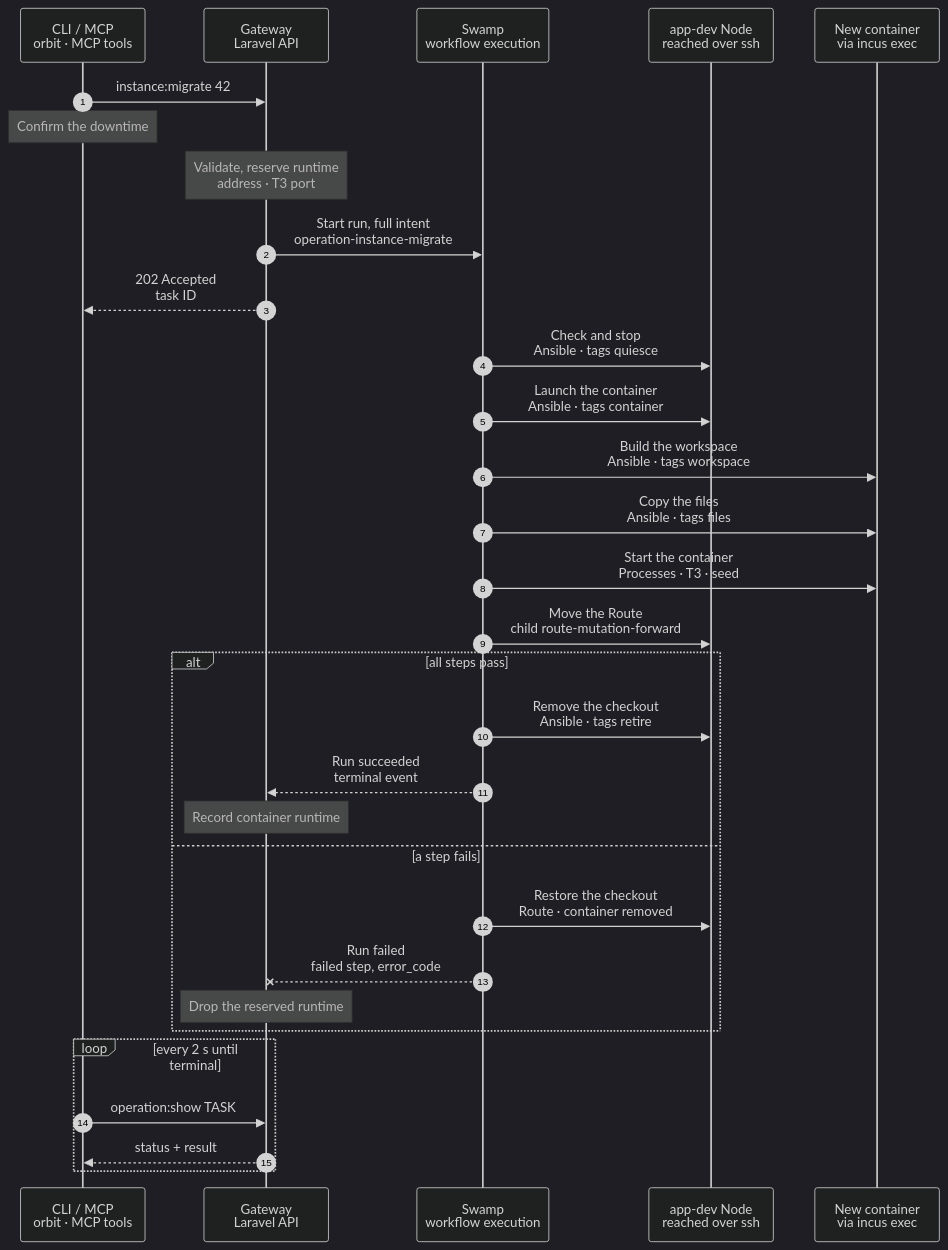
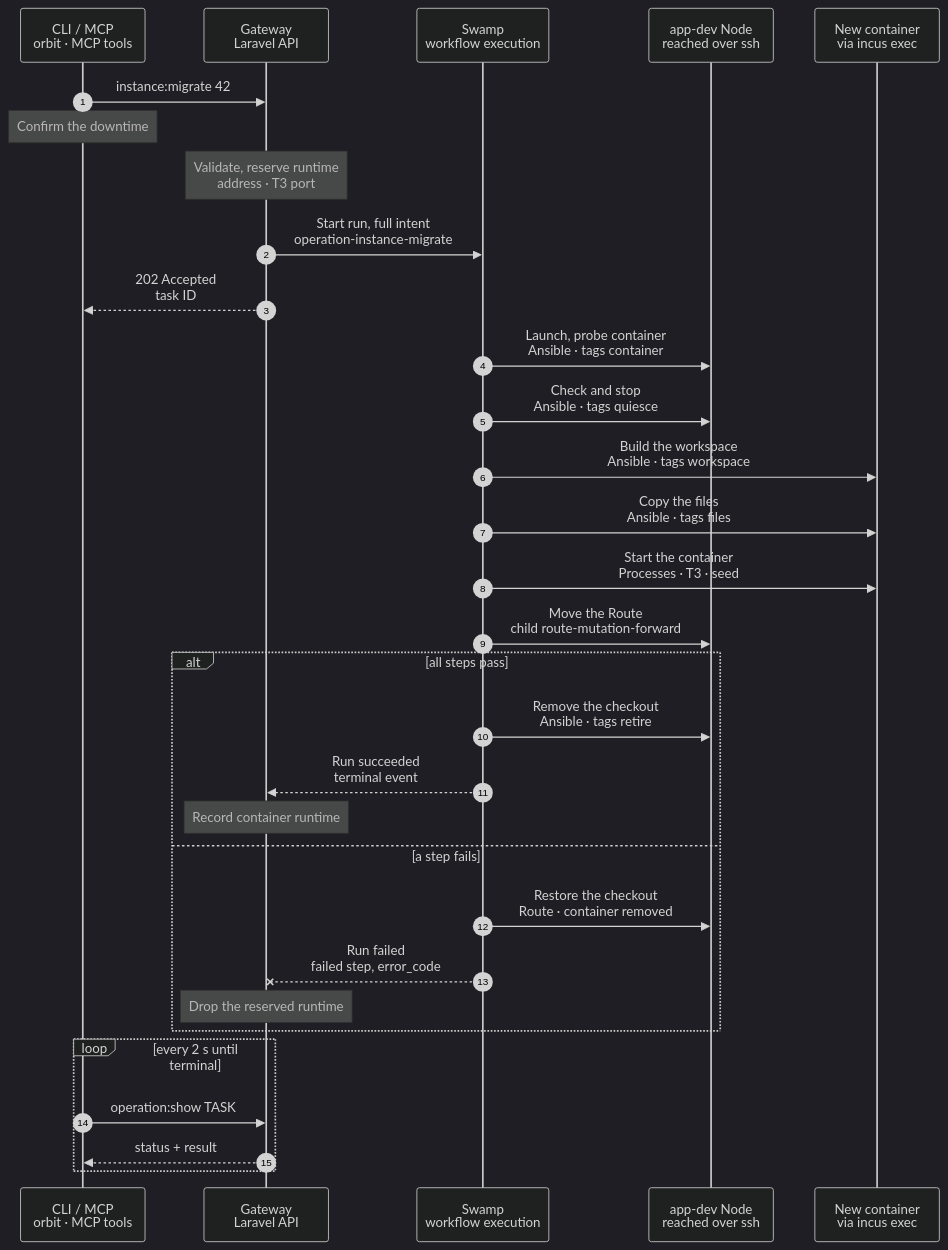
The diagram in docs/cli/instance/migrate.mmd (hardimpactdev/orbit), drawn with Mermaid (dark theme) before and after one commit. The commit also changed 55 other files, not shown here.

First line of the commit message:
Restore attached target access through Instance NIC ACLs before migration downtime (#3348)

```diff
--- a/docs/cli/instance/migrate.mmd
+++ b/docs/cli/instance/migrate.mmd
@@ -1,104 +1,105 @@
 sequenceDiagram
   %% Container runtime (ADR 0250 step 8, docs/reference/development-containers.md#migrate-a-checkout-instance): one checkout Instance moves into a container, with its code. Its database stays where it is, and the container gets its own way to it. A default Instance moves before the other Instances of its Project, and keeps its checkout until its last worktree has moved. The command exists only until the last checkout Instance has moved (docs/reference/old-paths.md). The container steps are the phases of docs/cli/instance/container/create-default.mmd and create.mmd.
   %% status: draft
   %% command: instance:migrate
   %% kind: instance.migrate
   autonumber
   %% lane CLI icon=terminal pill=caller tone=gray
   %% lane GW icon=gateway pill=intent tone=blue
   %% lane SW icon=workflow pill=executes tone=green
   %% lane N icon=server pill=target tone=amber
   %% lane C icon=server pill=target tone=purple
   participant CLI as CLI / MCP<br/>orbit · MCP tools
   participant GW as Gateway<br/>Laravel API
   participant SW as Swamp<br/>workflow execution
   participant N as app-dev Node<br/>reached over ssh
   participant C as New container<br/>via incus exec
   CLI->>GW: instance:migrate 42
   %%> Command:
   %%> - `orbit instance:migrate INSTANCE`
   %%> - syntax: `<instance> [--force] [--idempotency-key=KEY] [--json]`
   Note over CLI: Confirm the downtime
   %%> What it asks:
   %%> - the Instance goes down during the move, and its old checkout moves to retention after it; `--force` answers yes
   Note over GW: Validate, reserve runtime<br/>address · T3 port
   %%> Requirements:
   %%> - the Instance is an active checkout Instance on an `app-dev` Node of the build list, else `instance.migrate_unsupported`
   %%> - a non-default Instance needs its Project's default Instance in a container first, else `instance.default_not_migrated`
   %%> - the Instance has only ordinary systemd or supported `vp-dev` Processes, no unfinished deployment or Process operation/runtime cleanup and no Route beside its own; a non-default Instance needs Conn and the model router, as a clone does
   %%> - `vp-dev` keeps its identity, assigned port and desired state; unsupported preset versions, custom commands, external paths and recorded container port conflicts refuse before downtime, naming the Process and reason
   %%> - a web-serving Project names its PHP version; a missing version refuses with `project.source_defaults_incomplete`, naming `orbit project:update PROJECT --source-access=github_app` to record it from source
   %%> - a database on a Database server has an IPv4 address and a port, else `instance.database_clone_unsupported`
   %%> Result:
   %%> - the runtime record is reserved: the next bridge address and, for a non-default Instance, the lowest free T3 port
   %%> - the checkout stays the Instance's runtime until the Route has moved; the Route's Node is held for the run
   %%> - the Instance takes no deployment and no wake while the run lasts
   %%> - a non-default Instance's placeholder model key goes to the vault
   GW->>SW: Start run, full intent<br/>operation-instance-migrate
   GW-->>CLI: 202 Accepted<br/>task ID
+  SW->>N: Launch, probe container<br/>Ansible · tags container
+  %%> What it does:
+  %%> - before any Node change, checks the recorded branch and every planned retirement; a refusal leaves prior resources untouched
+  %%> - checks checkout symlinks and dependency package links before creating the container, skipping `.git` and installed package contents; broken links or targets outside the checkout refuse with `instance.migrate_symlink_unsupported`, naming every path and target
+  %%> - retirement preflight refuses unpushed local branches or detached HEAD and stashes, with their existing named errors; it reads local refs only
+  %%> - deletes a container that an earlier failed move left, then creates and starts the new container through the shared container phase; discard leaves shared bridge endpoint rules for host reconciliation
+  %%> - each attached target gets an exact TCP allow in both the bridge and NIC ACLs; both keep default reject. Endpoint adds reread on ETag conflict, at most five attempts with a one-second delay
+  %%> - probes every attached target from inside the container before downtime, else `instance.database_unreachable`
+  %%> - fetches the branch from the checkout into the Node's mirror, including commits never pushed
   SW->>N: Check and stop<br/>Ansible · tags quiesce
   %%> What it does:
-  %%> - checks checkout symlinks and dependency package links before downtime, skipping `.git` and installed package contents; broken links or targets outside the checkout refuse with `instance.migrate_symlink_unsupported`, naming every path and target
-  %%> - before any Node change, checks every planned retirement: no other worktree on its Git directory and no tracked or non-ignored untracked changes, else `instance.migrate_retirement_blocked`; the error names the checkout, blocking paths and total counts (first 20 per list)
-  %%> - refuses local branches or a detached HEAD with commits unreachable from every remote-tracking ref (`instance.migrate_unpushed_commits`, naming each branch or detached HEAD and its count), and stashes (`instance.migrate_stashes_present`, naming the count); reads local refs only and changes nothing to resolve a blocker
-  %%> - checks that the checkout is on the recorded branch, else `instance.migrate_branch_changed`
-  %%> - deletes a container that an earlier failed move left
-  %%> - stops and disables the Instance's host Process units, then removes the awake marker so nothing writes the checkout or database during the move
-  SW->>N: Launch the container<br/>Ansible · tags container
-  %%> What it does:
-  %%> - creates the container from the image with its bridge address and ACL, and starts it
-  %%> - a database on a Database server: the ACL and a firewall rule on the Node let the container reach the server's port
-  %%> - fetches the Instance's branch from the checkout into the Node's mirror, with its commits that were never pushed
+  %%> - repeats the branch, retirement and source symlink checks before stopping writers
+  %%> - stops and disables the host Process units, then removes the awake marker
+  %%> - records that quiesce began, so a failure before it never restarts host units or rewrites the awake marker
   SW->>C: Build the workspace<br/>Ansible · tags workspace
   %%> What it does:
   %%> - pushes the branch in as a bundle and checks it out in a standalone repository in `/srv/workspace`
   %%> - a non-default checkout is a linked worktree, so its `.git` is never copied
   SW->>C: Copy the files<br/>Ansible · tags files
   %%> What it does:
   %%> - copies every file that differs from the commit, every untracked file and every ignored file, `.env` among them
   %%> - removes the tracked files that the checkout deleted, and rewrites the checkout's path in `.env` to `/srv/workspace`
   %%> - checks the exact copied tree inside the container, maps old-checkout targets into the workspace and rewrites absolute internal links there; broken or external links fail with the same code before any Process starts, relative links keep their targets, and source links never change
-  %%> - checks that the container reaches its database server, else `instance.database_unreachable`
   %%> - a non-default Instance gets the proxy device that publishes its T3 port
   SW->>C: Start the container<br/>Processes · T3 · seed
   %%> What it does:
   %%> - starts FrankenPHP and the Instance's existing Processes as `orbit`, with the same ids and desired states; their environment files come through the vault
   %%> - `vp-dev` uses the runtime folder’s `current/bin/vp`, workspace paths and its assigned port on `0.0.0.0`; only the Node can reach that port, and Caddy sends `/__orbit/vite` there
   %%> - a non-default Instance gets `/etc/orbit/instance`, the agent settings and its T3 server, registered as in create
   %%> - a default Instance gets its first `seed-<commit>` snapshot
   SW->>N: Move the Route<br/>child route-mutation-forward
   %%> What it does:
   %%> - points the Instance's Route at FrankenPHP in the container, and withdraws the checkout's PHP-FPM pool
   alt all steps pass
     SW->>N: Remove the checkout<br/>Ansible · tags retire
     %%> What it does:
     %%> - removes the old host Process units and their environment folders
     %%> - repeats the same retirement preflight as an early warning; a new blocker leaves the container serving and the checkout intact
     %%> - atomically moves each old checkout under `<checkout>.orbit-retired-git/<sha256 of original path>`; the retained root is beside the migrating Instance's checkout
     %%> - keeps the whole tree, including Git objects, refs, reflogs, `.git/modules` and nested repositories; a late worktree cannot lose its Git metadata to retirement
     %%> - records `retained_git_path` and `retained_git_at` on the Instance; `instance:show` and the Instance API expose them
     %%> - writes the awake marker; a default's checkout stays until its last worktree has moved; retirement never deletes or prunes Git metadata
     %%> If it fails:
     %%> - the container stays the Instance; the run fails with `instance.migrate_retire_failed`, and the source or retained checkout stays on the Node
     SW-->>GW: Run succeeded<br/>terminal event
     Note over GW: Record container runtime
     %%> Result:
     %%> - the Instance's workspace is the container's; the runtime runs, a default's row holds its seed commit
     %%> - a SQLite file moved with the files, so its connection record goes; stored `.env` values follow the new path
     %%> - the Conn layer records a non-default Instance's T3 server from the result
   else a step fails
     SW->>N: Restore the checkout<br/>Route · container removed
     %%> What it does:
     %%> - puts the Route back on the checkout when the run had moved it
-    %%> - deletes the new container, its ACL, its firewall rules and its mirror, and writes the awake marker
-    %%> - restores the host Process units to their recorded desired states; the checkout and database remain in place
+    %%> - deletes the new container, its ACL, its firewall rules and its mirror
+    %%> - restores host Process units and the awake marker only when quiesce began; an unreachable target causes zero downtime
+    %%> - the checkout and database remain in place
     SW--xGW: Run failed<br/>failed step, error_code
     Note over GW: Drop the reserved runtime
     %%> Retry:
     %%> - run the same command again; it starts with a new container
     %%> - a restore that failed keeps the reserved record and its address, and names the failed step
   end
   loop every 2 s until terminal
     CLI->>GW: operation:show TASK
     GW-->>CLI: status + result
   end
```
